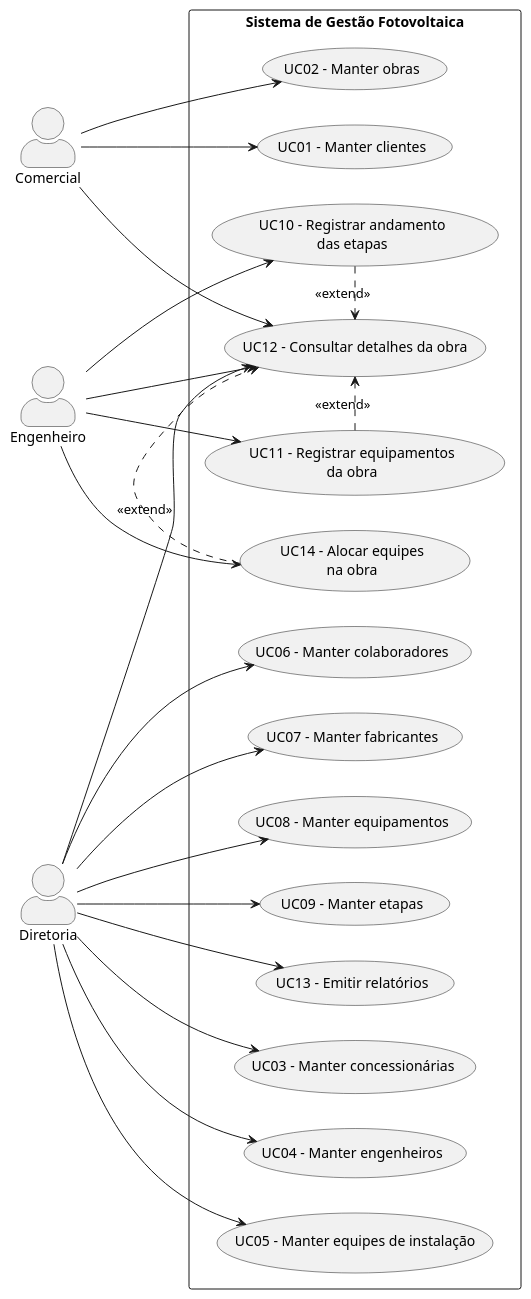
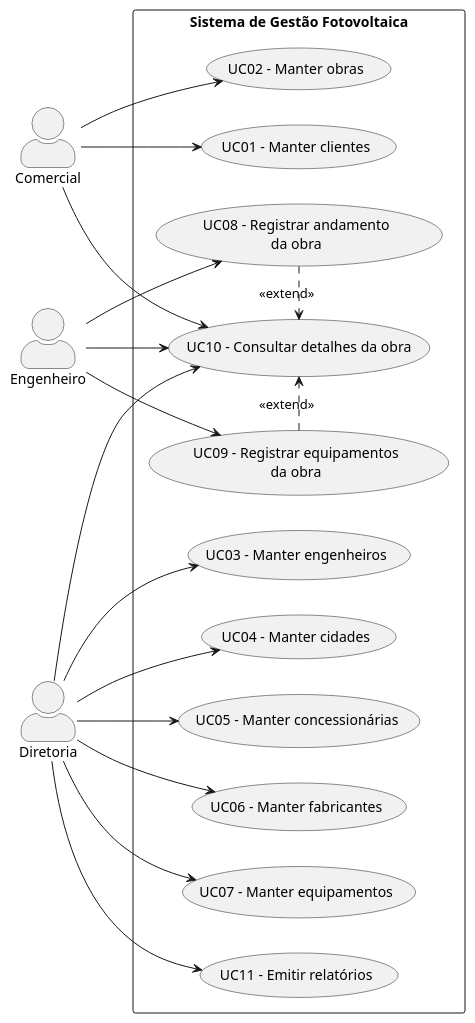
Before and after one commit to christianoeds/gestao_fotovoltaica: the diagram in documentacao/casos_de_uso.puml, drawn with PlantUML. The commit also changed 16 other files, not shown here.

```diff
--- a/documentacao/casos_de_uso.puml
+++ b/documentacao/casos_de_uso.puml
@@ -1,54 +1,47 @@
 @startuml casos_de_uso
 ' Diagrama de casos de uso: Gestão Fotovoltaica
 ' Para gerar a imagem: plugin PlantUML do PhpStorm ou https://www.plantuml.com/plantuml
 
 left to right direction
 skinparam packageStyle rectangle
 skinparam actorStyle awesome
 
 actor "Comercial" as comercial
 actor "Engenheiro" as engenheiro
 actor "Diretoria" as diretoria
 
 rectangle "Sistema de Gestão Fotovoltaica" {
   usecase "UC01 - Manter clientes" as UC01
   usecase "UC02 - Manter obras" as UC02
-  usecase "UC12 - Consultar detalhes da obra" as UC12
-  usecase "UC10 - Registrar andamento\ndas etapas" as UC10
-  usecase "UC11 - Registrar equipamentos\nda obra" as UC11
-  usecase "UC14 - Alocar equipes\nna obra" as UC14
+  usecase "UC10 - Consultar detalhes da obra" as UC10
+  usecase "UC08 - Registrar andamento\nda obra" as UC08
+  usecase "UC09 - Registrar equipamentos\nda obra" as UC09
 
-  usecase "UC03 - Manter concessionárias" as UC03
-  usecase "UC04 - Manter engenheiros" as UC04
-  usecase "UC05 - Manter equipes de instalação" as UC05
-  usecase "UC06 - Manter colaboradores" as UC06
-  usecase "UC07 - Manter fabricantes" as UC07
-  usecase "UC08 - Manter equipamentos" as UC08
-  usecase "UC09 - Manter etapas" as UC09
-  usecase "UC13 - Emitir relatórios" as UC13
+  usecase "UC03 - Manter engenheiros" as UC03
+  usecase "UC04 - Manter cidades" as UC04
+  usecase "UC05 - Manter concessionárias" as UC05
+  usecase "UC06 - Manter fabricantes" as UC06
+  usecase "UC07 - Manter equipamentos" as UC07
+  usecase "UC11 - Emitir relatórios" as UC11
 }
 
 comercial --> UC01
 comercial --> UC02
-comercial --> UC12
+comercial --> UC10
 
-engenheiro --> UC12
 engenheiro --> UC10
-engenheiro --> UC11
-engenheiro --> UC14
+engenheiro --> UC08
+engenheiro --> UC09
 
-diretoria --> UC12
+diretoria --> UC10
 diretoria --> UC03
 diretoria --> UC04
 diretoria --> UC05
 diretoria --> UC06
 diretoria --> UC07
-diretoria --> UC08
-diretoria --> UC09
-diretoria --> UC13
+diretoria --> UC11
 
-UC10 .> UC12 : <<extend>>
-UC11 .> UC12 : <<extend>>
-UC14 .> UC12 : <<extend>>
+UC08 .> UC10 : <<extend>>
+UC09 .> UC10 : <<extend>>
 
 @enduml
```
